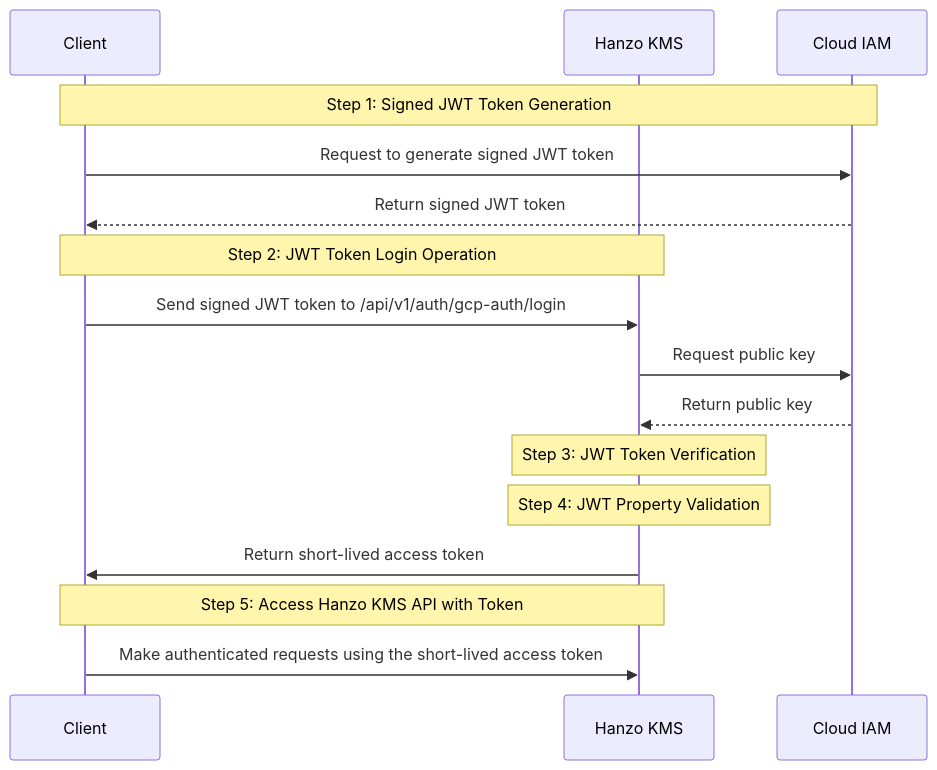
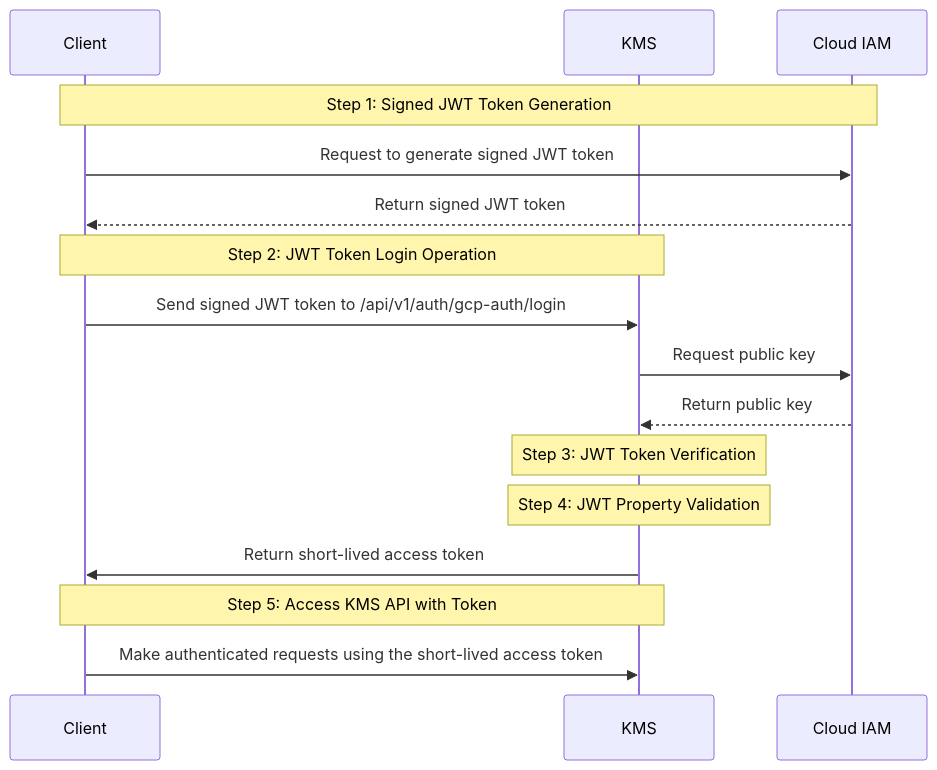
The second of 2 diagrams in docs/documentation/platform/identities/gcp-auth.mdx (hanzoai/kms), drawn with Mermaid before and after one commit. The commit also changed other lines of this file and 855 other files, not shown here.

````diff
--- a/docs/documentation/platform/identities/gcp-auth.mdx
+++ b/docs/documentation/platform/identities/gcp-auth.mdx
@@ -187,22 +187,22 @@
 ```mermaid
 sequenceDiagram
   participant GCE as Client
-  participant Infis as Hanzo KMS
+  participant Infis as KMS
   participant Google as Cloud IAM
 
   Note over GCE,Google: Step 1: Signed JWT Token Generation
   GCE->>Google: Request to generate signed JWT token
   Google-->>GCE: Return signed JWT token
 
   Note over GCE,Infis: Step 2: JWT Token Login Operation
   GCE->>Infis: Send signed JWT token to /api/v1/auth/gcp-auth/login
   Infis->>Google: Request public key
   Google-->>Infis: Return public key
 
   Note over Infis: Step 3: JWT Token Verification
   Note over Infis: Step 4: JWT Property Validation
   Infis->>GCE: Return short-lived access token
 
-  Note over GCE,Infis: Step 5: Access Hanzo KMS API with Token
+  Note over GCE,Infis: Step 5: Access KMS API with Token
   GCE->>Infis: Make authenticated requests using the short-lived access token
 ```
````
